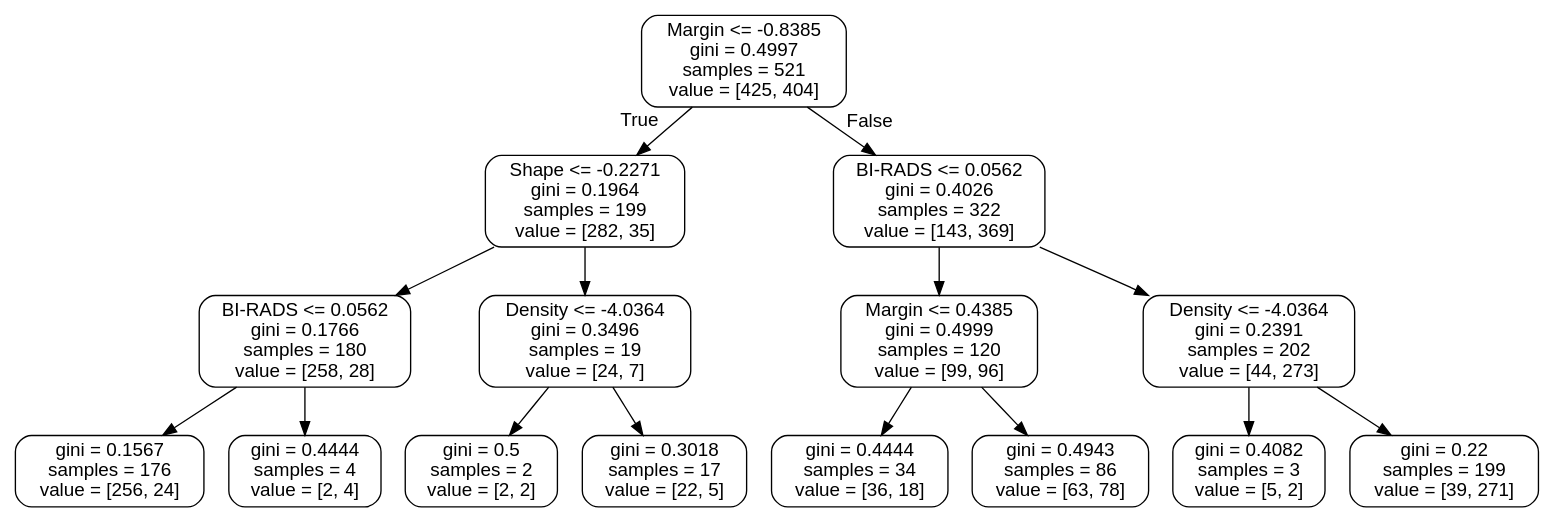
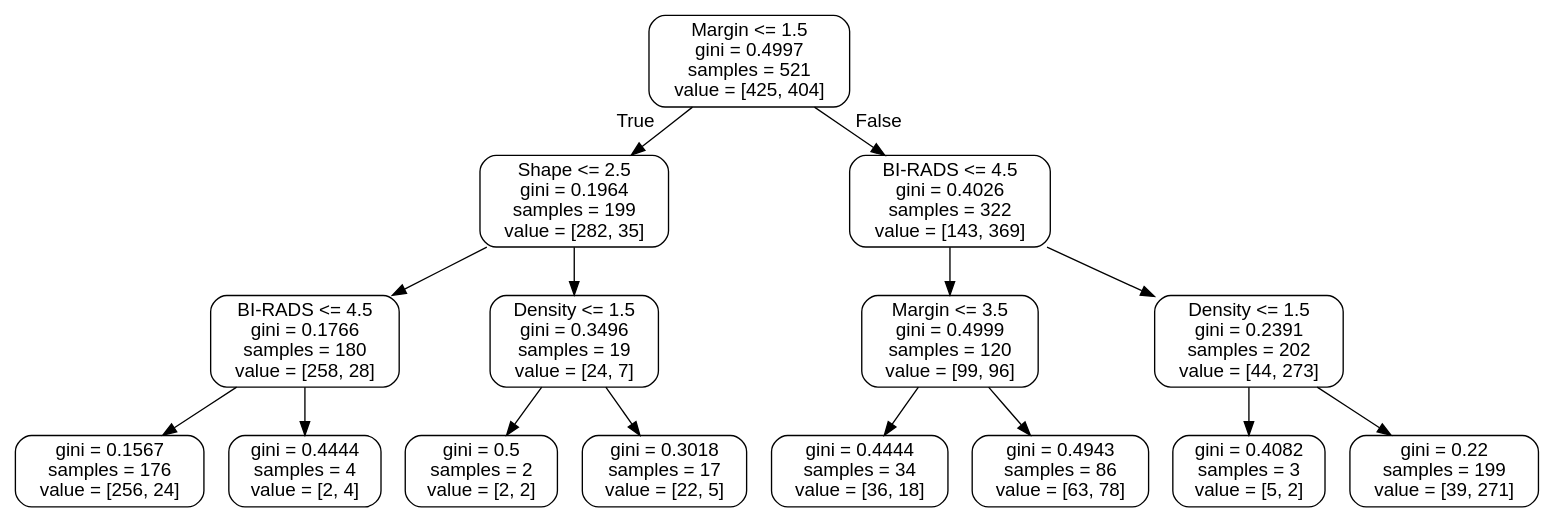
One commit to patel418/python_algcomp changed the diagram in lit_tree.dot. Above: the diagram before and after it, drawn with Graphviz. The commit also changed 3 other files, not shown here.

```diff
--- a/lit_tree.dot
+++ b/lit_tree.dot
@@ -1,33 +1,33 @@
 digraph Tree {
 node [shape=box, style="rounded", color="black", fontname=helvetica] ;
 edge [fontname=helvetica] ;
-0 [label="Margin <= -0.8385\ngini = 0.4997\nsamples = 521\nvalue = [425, 404]"] ;
-1 [label="Shape <= -0.2271\ngini = 0.1964\nsamples = 199\nvalue = [282, 35]"] ;
+0 [label="Margin <= 1.5\ngini = 0.4997\nsamples = 521\nvalue = [425, 404]"] ;
+1 [label="Shape <= 2.5\ngini = 0.1964\nsamples = 199\nvalue = [282, 35]"] ;
 0 -> 1 [labeldistance=2.5, labelangle=45, headlabel="True"] ;
-2 [label="BI-RADS <= 0.0562\ngini = 0.1766\nsamples = 180\nvalue = [258, 28]"] ;
+2 [label="BI-RADS <= 4.5\ngini = 0.1766\nsamples = 180\nvalue = [258, 28]"] ;
 1 -> 2 ;
 3 [label="gini = 0.1567\nsamples = 176\nvalue = [256, 24]"] ;
 2 -> 3 ;
 4 [label="gini = 0.4444\nsamples = 4\nvalue = [2, 4]"] ;
 2 -> 4 ;
-5 [label="Density <= -4.0364\ngini = 0.3496\nsamples = 19\nvalue = [24, 7]"] ;
+5 [label="Density <= 1.5\ngini = 0.3496\nsamples = 19\nvalue = [24, 7]"] ;
 1 -> 5 ;
 6 [label="gini = 0.5\nsamples = 2\nvalue = [2, 2]"] ;
 5 -> 6 ;
 7 [label="gini = 0.3018\nsamples = 17\nvalue = [22, 5]"] ;
 5 -> 7 ;
-8 [label="BI-RADS <= 0.0562\ngini = 0.4026\nsamples = 322\nvalue = [143, 369]"] ;
+8 [label="BI-RADS <= 4.5\ngini = 0.4026\nsamples = 322\nvalue = [143, 369]"] ;
 0 -> 8 [labeldistance=2.5, labelangle=-45, headlabel="False"] ;
-9 [label="Margin <= 0.4385\ngini = 0.4999\nsamples = 120\nvalue = [99, 96]"] ;
+9 [label="Margin <= 3.5\ngini = 0.4999\nsamples = 120\nvalue = [99, 96]"] ;
 8 -> 9 ;
 10 [label="gini = 0.4444\nsamples = 34\nvalue = [36, 18]"] ;
 9 -> 10 ;
 11 [label="gini = 0.4943\nsamples = 86\nvalue = [63, 78]"] ;
 9 -> 11 ;
-12 [label="Density <= -4.0364\ngini = 0.2391\nsamples = 202\nvalue = [44, 273]"] ;
+12 [label="Density <= 1.5\ngini = 0.2391\nsamples = 202\nvalue = [44, 273]"] ;
 8 -> 12 ;
 13 [label="gini = 0.4082\nsamples = 3\nvalue = [5, 2]"] ;
 12 -> 13 ;
 14 [label="gini = 0.22\nsamples = 199\nvalue = [39, 271]"] ;
 12 -> 14 ;
 }
```
